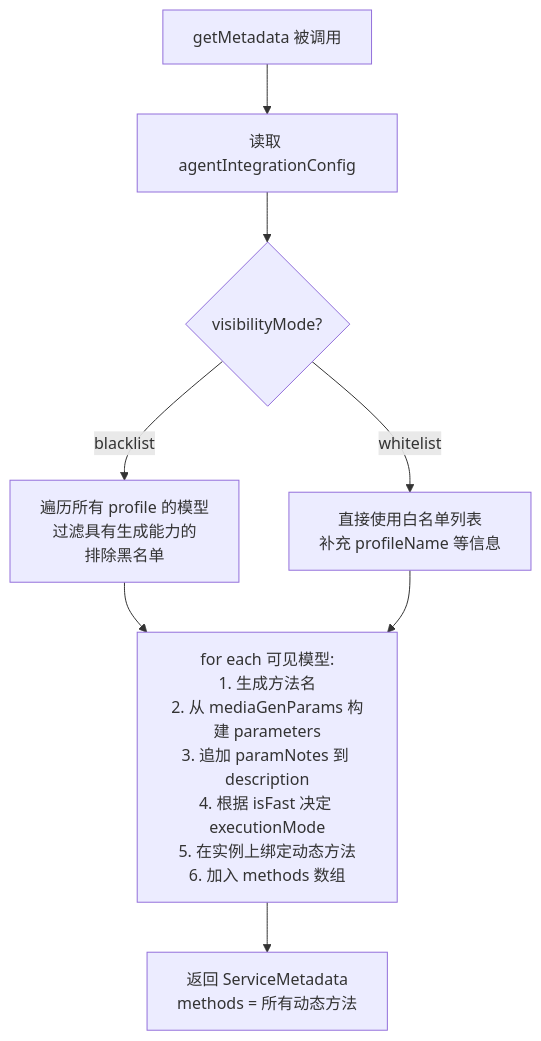
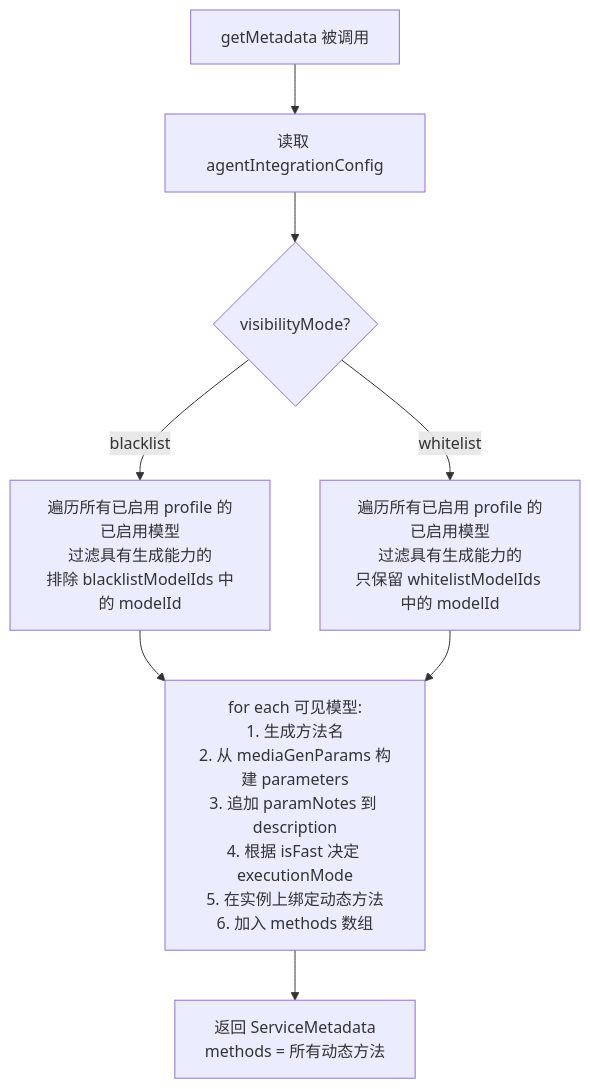
One commit to miaotouy/aio-hub changed the first of 3 diagrams in src/tools/media-generator/doc/Plan/agent-integration-plan.md. Above: the diagram before and after it, drawn with Mermaid. The commit also changed other lines of this file, not shown here.

````diff
--- a/src/tools/media-generator/doc/Plan/agent-integration-plan.md
+++ b/src/tools/media-generator/doc/Plan/agent-integration-plan.md
@@ -169,9 +214,9 @@
 ```mermaid
 flowchart TD
     GM[getMetadata 被调用] --> RS[读取 agentIntegrationConfig]
     RS --> BL{visibilityMode?}
-    BL -- blacklist --> SCAN[遍历所有 profile 的模型\n过滤具有生成能力的\n排除黑名单]
-    BL -- whitelist --> WL[直接使用白名单列表\n补充 profileName 等信息]
+    BL -- blacklist --> SCAN[遍历所有已启用 profile 的已启用模型\n过滤具有生成能力的\n排除 blacklistModelIds 中的 modelId]
+    BL -- whitelist --> WL[遍历所有已启用 profile 的已启用模型\n过滤具有生成能力的\n只保留 whitelistModelIds 中的 modelId]
     SCAN & WL --> BUILD[for each 可见模型:\n1. 生成方法名\n2. 从 mediaGenParams 构建 parameters\n3. 追加 paramNotes 到 description\n4. 根据 isFast 决定 executionMode\n5. 在实例上绑定动态方法\n6. 加入 methods 数组]
     BUILD --> RET[返回 ServiceMetadata\n methods = 所有动态方法]
 ```
````
